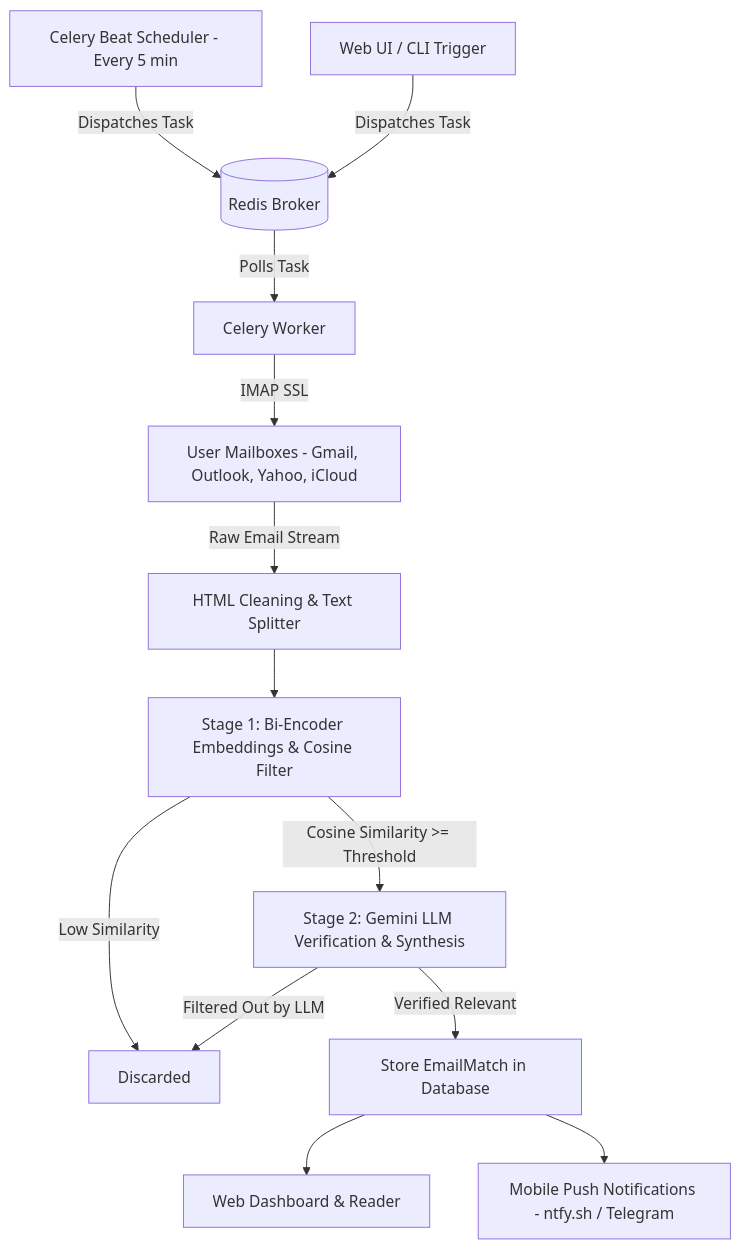
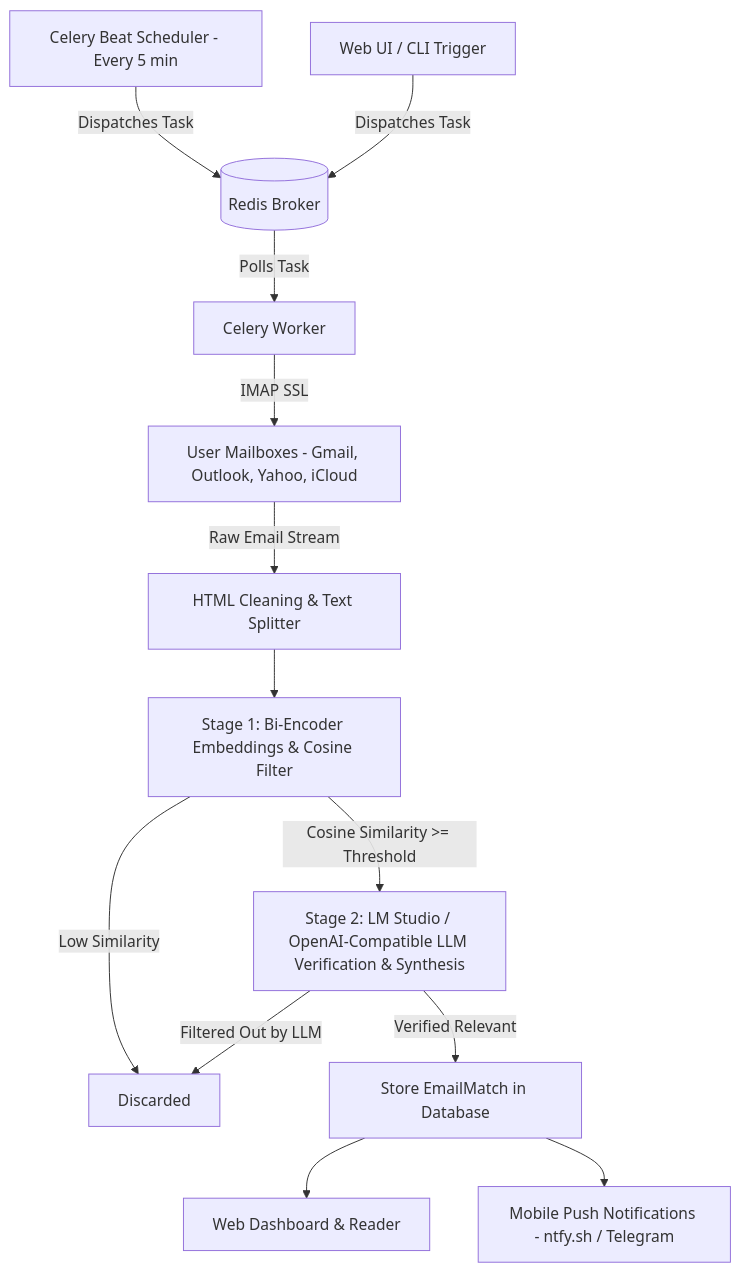
One commit to AniceKV/Notifier changed the diagram in README.md. Above: the diagram before and after it, drawn with Mermaid. The commit also changed other lines of this file and 12 other files, not shown here.

````diff
--- a/README.md
+++ b/README.md
@@ -20,15 +20,15 @@
 ```mermaid
 flowchart TD
     Beat[Celery Beat Scheduler - Every 5 min] -->|Dispatches Task| Redis[(Redis Broker)]
     Manual[Web UI / CLI Trigger] -->|Dispatches Task| Redis
     Redis -->|Polls Task| Worker[Celery Worker]
     Worker -->|IMAP SSL| Mailbox[User Mailboxes - Gmail, Outlook, Yahoo, iCloud]
     Mailbox -->|Raw Email Stream| Chunker[HTML Cleaning & Text Splitter]
     Chunker --> Stage1[Stage 1: Bi-Encoder Embeddings & Cosine Filter]
-    Stage1 -->|Cosine Similarity >= Threshold| Stage2[Stage 2: Gemini LLM Verification & Synthesis]
+    Stage1 -->|Cosine Similarity >= Threshold| Stage2[Stage 2: LM Studio / OpenAI-Compatible LLM Verification & Synthesis]
     Stage1 -->|Low Similarity| Discard[Discarded]
     Stage2 -->|Filtered Out by LLM| Discard
     Stage2 -->|Verified Relevant| SaveMatch[Store EmailMatch in Database]
     SaveMatch --> WebDashboard[Web Dashboard & Reader]
     SaveMatch --> MobilePush[Mobile Push Notifications - ntfy.sh / Telegram]
 ```
````
